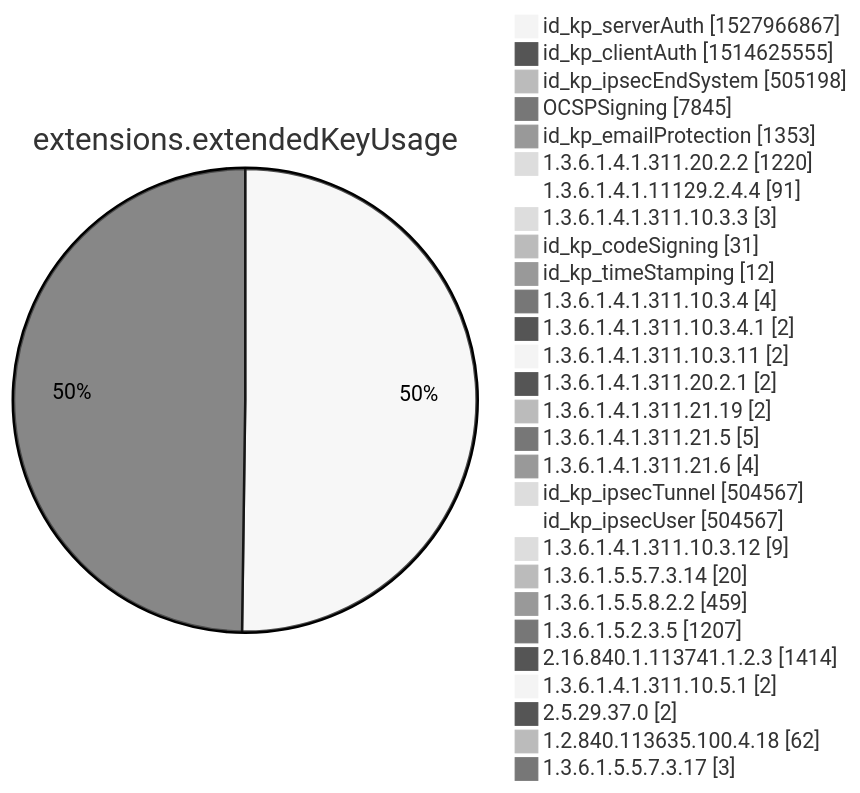
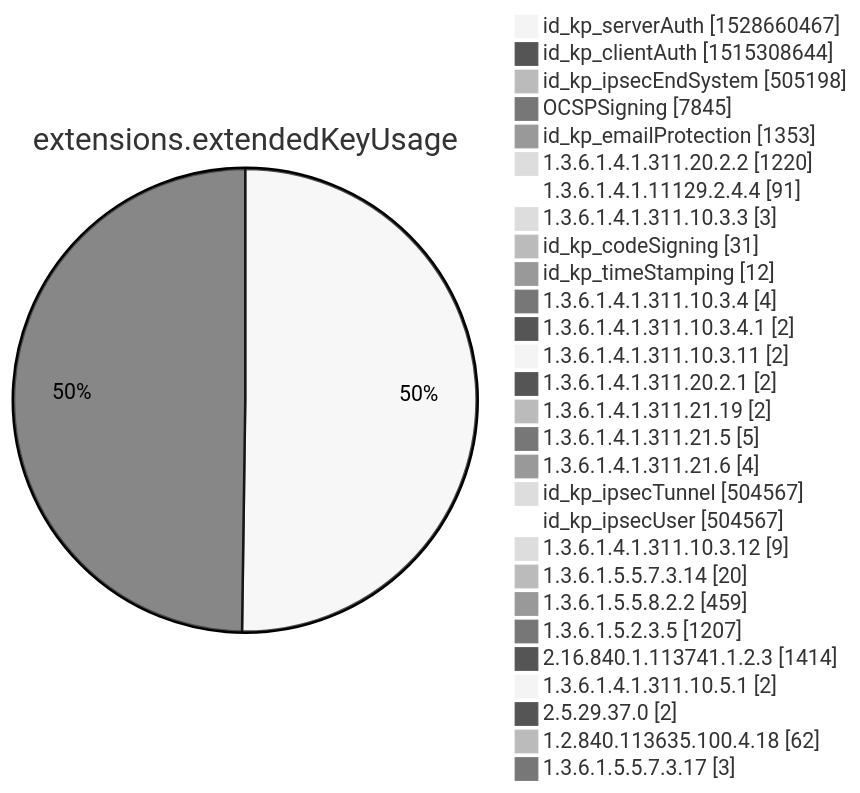
Before and after one commit to christiankrug/ctmonitor_visualization: diagram 12 of 15 in xenon2022/README.md, drawn with Mermaid (neutral theme). The commit also changed other lines of this file, not shown here.

````diff
--- a/xenon2022/README.md
+++ b/xenon2022/README.md
@@ -3878,32 +3878,32 @@
 ```mermaid
 pie showData
 title extensions.extendedKeyUsage
-"id_kp_serverAuth" :1527966867
-"id_kp_clientAuth" :1514625555
+"id_kp_serverAuth" :1528660467
+"id_kp_clientAuth" :1515308644
 "id_kp_ipsecEndSystem" :505198
 "OCSPSigning" :7845
 "id_kp_emailProtection" :1353
 "1.3.6.1.4.1.311.20.2.2" :1220
 "1.3.6.1.4.1.11129.2.4.4" :91
 "1.3.6.1.4.1.311.10.3.3" :3
 "id_kp_codeSigning" :31
 "id_kp_timeStamping" :12
 "1.3.6.1.4.1.311.10.3.4" :4
 "1.3.6.1.4.1.311.10.3.4.1" :2
 "1.3.6.1.4.1.311.10.3.11" :2
 "1.3.6.1.4.1.311.20.2.1" :2
 "1.3.6.1.4.1.311.21.19" :2
 "1.3.6.1.4.1.311.21.5" :5
 "1.3.6.1.4.1.311.21.6" :4
 "id_kp_ipsecTunnel" :504567
 "id_kp_ipsecUser" :504567
 "1.3.6.1.4.1.311.10.3.12" :9
 "1.3.6.1.5.5.7.3.14" :20
 "1.3.6.1.5.5.8.2.2" :459
 "1.3.6.1.5.2.3.5" :1207
 "2.16.840.1.113741.1.2.3" :1414
 "1.3.6.1.4.1.311.10.5.1" :2
 "2.5.29.37.0" :2
 "1.2.840.113635.100.4.18" :62
 "1.3.6.1.5.5.7.3.17" :3
 ```
````
